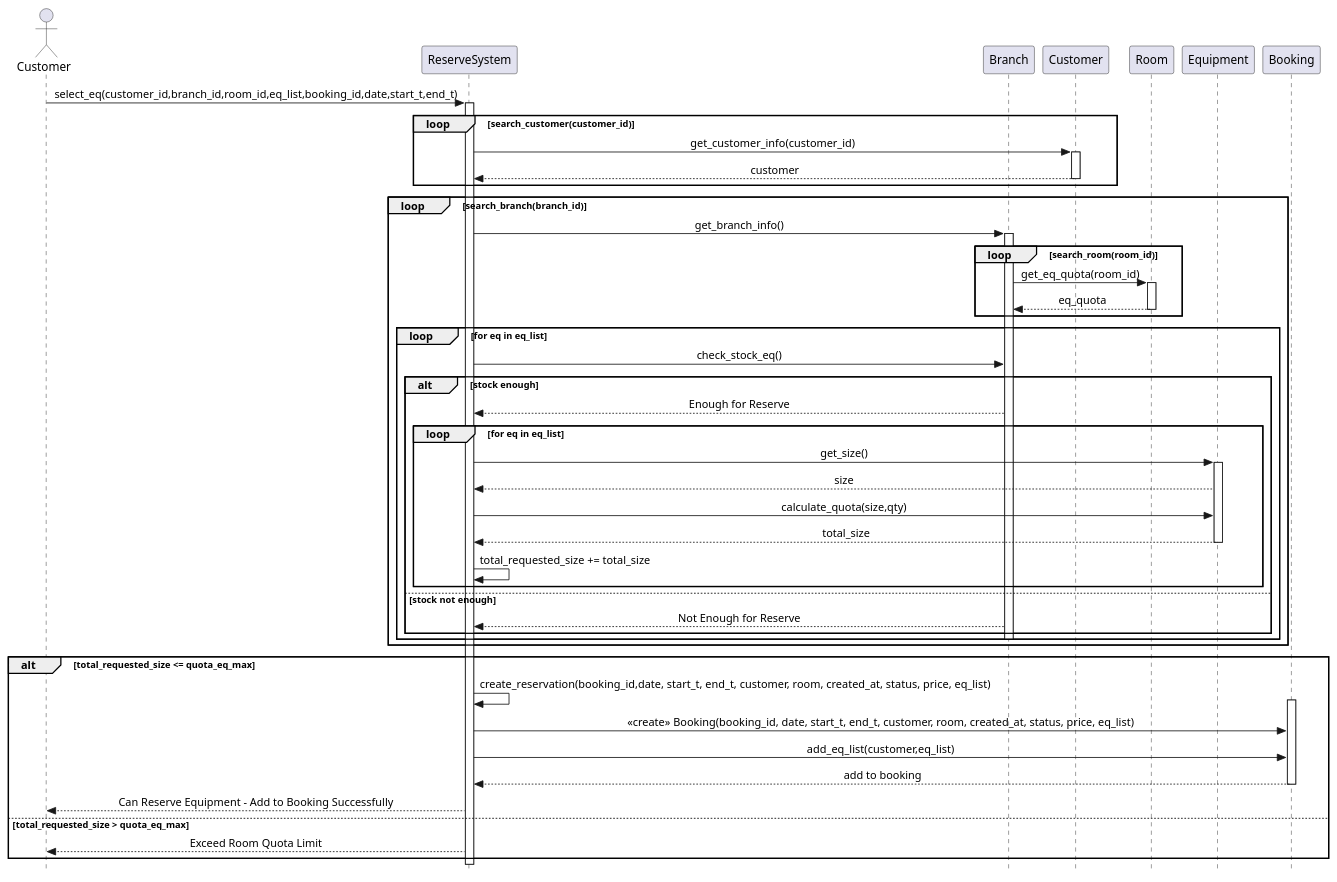
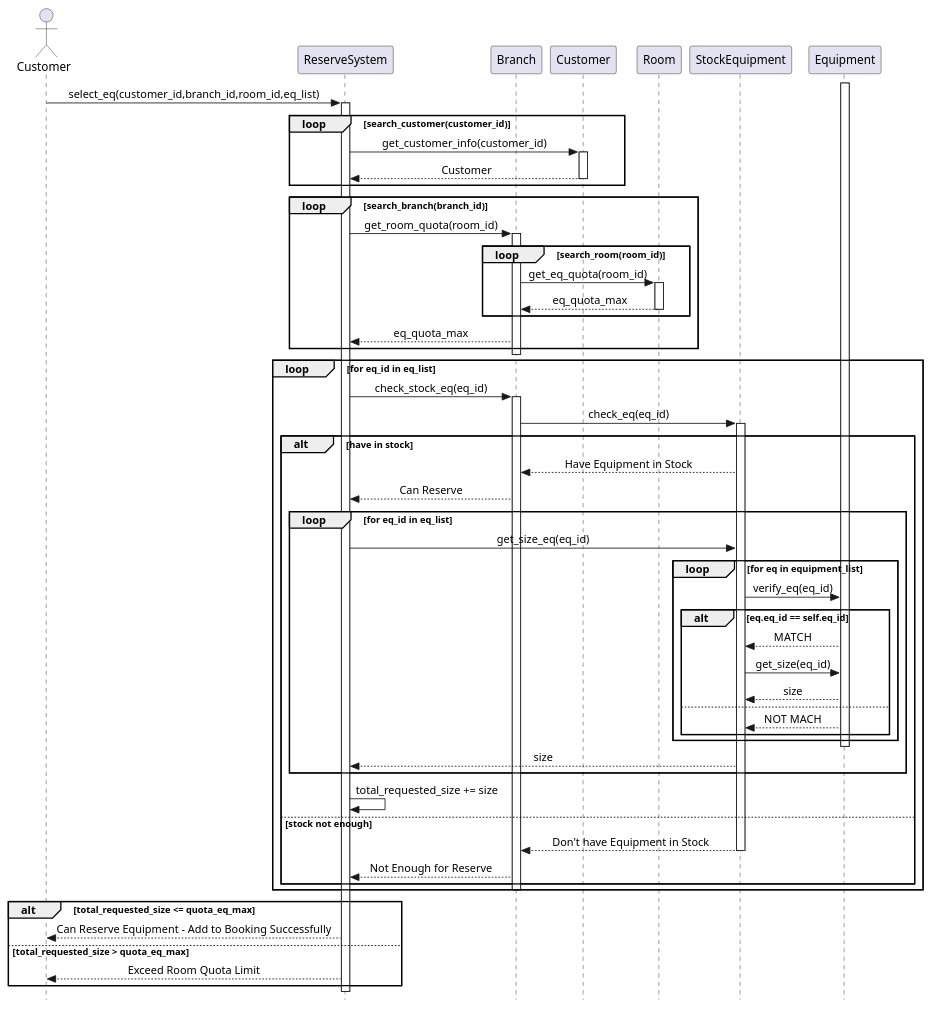
One commit to pjngth998/RhythmReserve changed the diagram in diagram/sequence_diagram/select_eq.puml. Above: the diagram before and after it, drawn with PlantUML. The commit also changed 2 other files, not shown here.

Commit message:
select eq

```diff
--- a/diagram/sequence_diagram/select_eq.puml
+++ b/diagram/sequence_diagram/select_eq.puml
@@ -1,68 +1,87 @@
 @startuml
 
 skinparam style strictuml
 skinparam sequenceMessageAlign center
 
 actor "Customer" as actor
 participant "ReserveSystem" as system
 participant "Branch" as branch
 participant "Customer" as customer
 participant "Room" as room
+participant "StockEquipment" as stock
 participant "Equipment" as eq
-participant "Booking" as booking
+' participant "Booking" as booking
 ' participant "Service_IN" as sv_in
 ' participant "TimeSlot" as timeslot
 
-actor -> system : select_eq(customer_id,branch_id,room_id,eq_list,booking_id,date,start_t,end_t)
+actor -> system : select_eq(customer_id,branch_id,room_id,eq_list)
 activate system
 loop search_customer(customer_id)
     system -> customer : get_customer_info(customer_id)    
     activate customer
-    customer --> system : customer
+    customer --> system : Customer
     deactivate customer
 end
-
 loop search_branch(branch_id)
-    system -> branch : get_branch_info()
+    system -> branch : get_room_quota(room_id)
     activate branch
     loop search_room(room_id)
-        branch -> room : get_eq_quota(room_id)
-        activate room
-        room --> branch : eq_quota
-        deactivate room
+                branch -> room : get_eq_quota(room_id)
+                activate room
+                room --> branch : eq_quota_max
+                deactivate room
     end
-    loop for eq in eq_list
-        system -> branch : check_stock_eq()
-        alt stock enough
-            branch --> system : Enough for Reserve
-            loop for eq in eq_list 
-            system -> eq : get_size()
+    branch --> system : eq_quota_max
+end
+deactivate branch
+loop for eq_id in eq_list
+    system -> branch : check_stock_eq(eq_id)
+    activate branch
+    branch -> stock : check_eq(eq_id)
+    activate stock
+
+    ' stock -> eq : get_eq(eq_id)
+    ' activate eq
+    ' eq --> stock : Equipment
+    ' deactivate eq
+    
+    alt have in stock
+        stock --> branch : Have Equipment in Stock
+        ' deactivate stock
+        branch --> system : Can Reserve
+        loop for eq_id in eq_list
+            ' system -> branch : calculate_quota
+            system -> stock : get_size_eq(eq_id)
+            ' activate stock
+            loop for eq in equipment_list
+                stock -> eq : verify_eq(eq_id)
+                alt eq.eq_id == self.eq_id
+                    eq --> stock : MATCH
+                    stock -> eq : get_size(eq_id)
+                    eq --> stock : size
+                else
+                    eq --> stock : NOT MACH
+                end
+            end
             activate eq
-            eq --> system : size
-            system -> eq : calculate_quota(size,qty)
-            eq --> system : total_size
             deactivate eq
-            system -> system : total_requested_size += total_size
-            end
-        else stock not enough
-            branch --> system : Not Enough for Reserve
+            stock --> system : size
         end
-        deactivate branch
+        system -> system : total_requested_size += size
+    else stock not enough
+        stock --> branch : Don't have Equipment in Stock
+        deactivate stock
+        branch --> system : Not Enough for Reserve
     end
+    deactivate branch
 end
 
 alt total_requested_size <= quota_eq_max
-    system -> system : create_reservation(booking_id,date, start_t, end_t, customer, room, created_at, status, price, eq_list)
-    activate booking
-    system -> booking : <<create>> Booking(booking_id, date, start_t, end_t, customer, room, created_at, status, price, eq_list)
-    system -> booking : add_eq_list(customer,eq_list)
-    booking --> system : add to booking
-    deactivate booking
     system --> actor : Can Reserve Equipment - Add to Booking Successfully
 else total_requested_size > quota_eq_max
     system --> actor : Exceed Room Quota Limit
 end
 
 deactivate system
 
 @enduml
```
